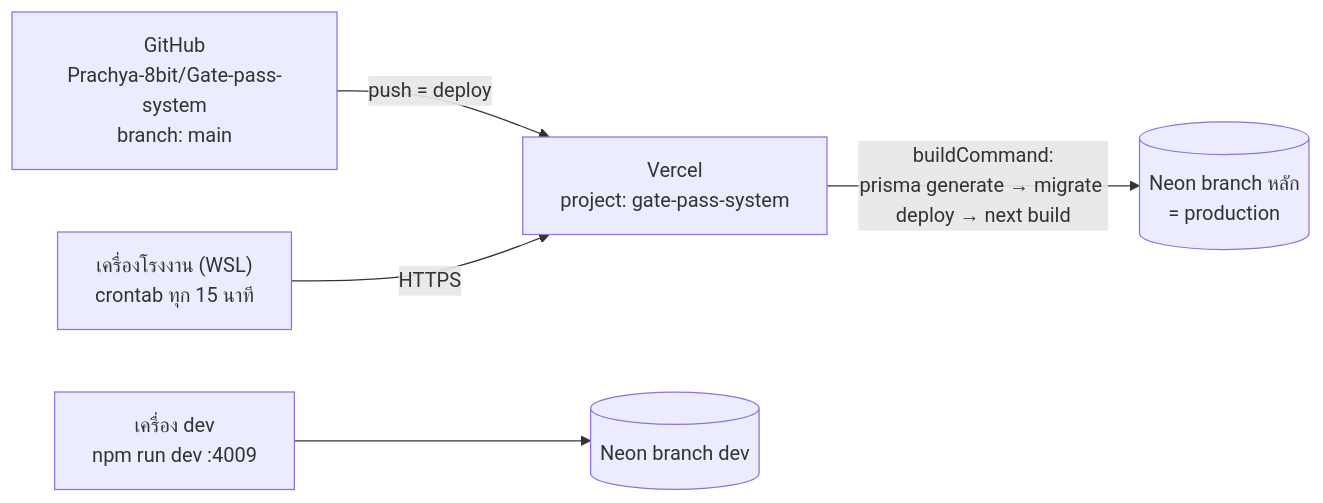
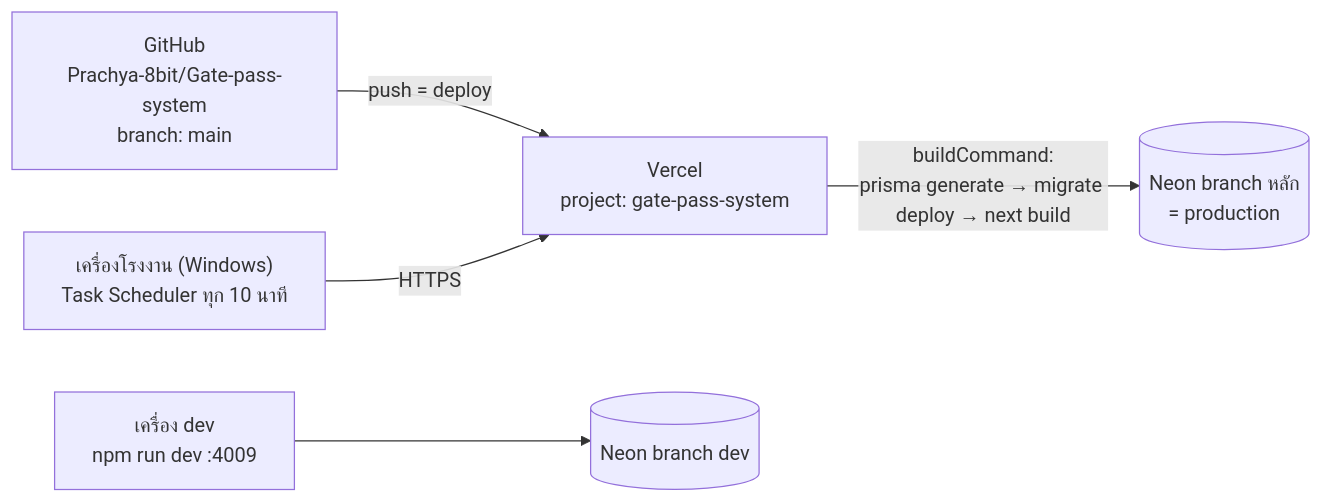
One commit to Prachya-8bit/Gate-pass-system changed the seventh of 7 diagrams in docs/architecture.md. Above: the diagram before and after it, drawn with Mermaid. The commit also changed other lines of this file and 9 other files, not shown here.

````diff
--- a/docs/architecture.md
+++ b/docs/architecture.md
@@ -323,14 +323,14 @@
 ```mermaid
 graph LR
     GH["GitHub<br/>Prachya-8bit/Gate-pass-system<br/>branch: main"]
     V["Vercel<br/>project: gate-pass-system"]
     NP[("Neon branch หลัก<br/>= production")]
     ND[("Neon branch dev")]
     LOCAL["เครื่อง dev<br/>npm run dev :4009"]
-    WSL["เครื่องโรงงาน (WSL)<br/>crontab ทุก 15 นาที"]
+    SYNCHOST["เครื่องโรงงาน (Windows)<br/>Task Scheduler ทุก 10 นาที"]
 
     GH -->|push = deploy| V
     V -->|"buildCommand:<br/>prisma generate → migrate deploy → next build"| NP
     LOCAL --> ND
-    WSL -->|HTTPS| V
+    SYNCHOST -->|HTTPS| V
 ```
````
